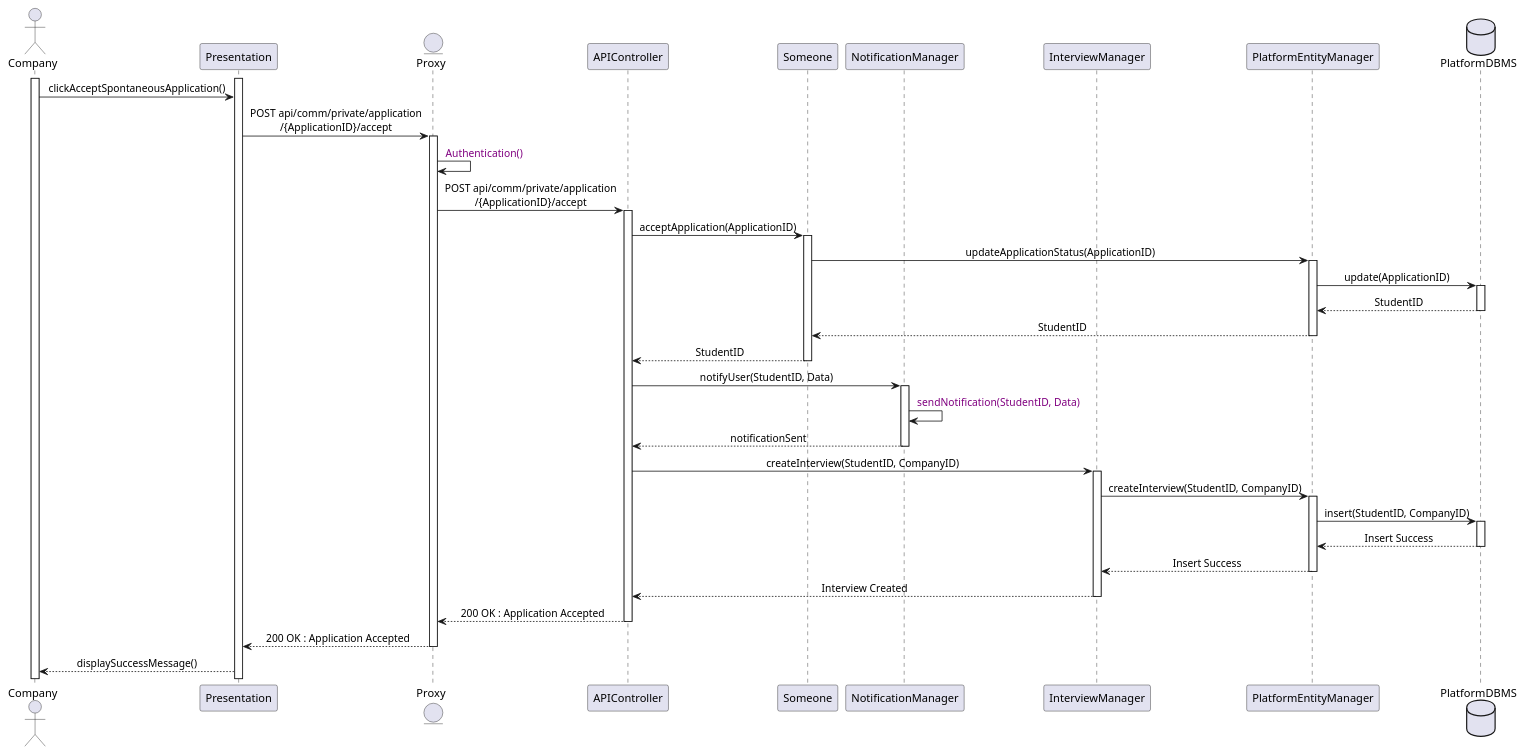
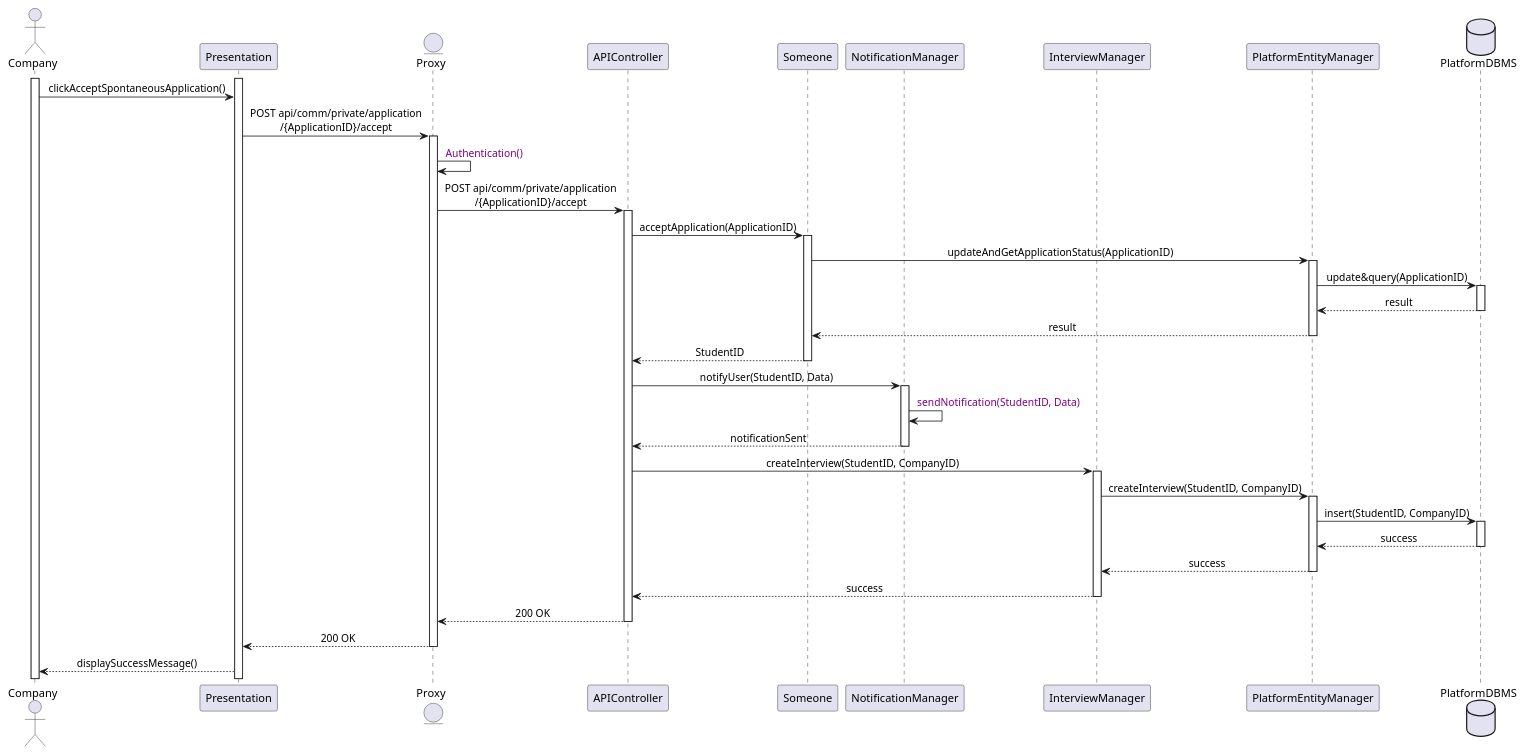
One commit to Slaitroc/RicciPaoliGrisoni changed the diagram in Diagrams/SequenceDiagrams/DD/8CompanyAcceptsSpontaneousApplication.wsd. Above: the diagram before and after it, drawn with PlantUML.

Commit message:
Refactor 8CompanyAcceptsSpontaneousApplication.wsd SequenceDiagram

```diff
--- a/Diagrams/SequenceDiagrams/DD/8CompanyAcceptsSpontaneousApplication.wsd
+++ b/Diagrams/SequenceDiagrams/DD/8CompanyAcceptsSpontaneousApplication.wsd
@@ -1,41 +1,41 @@
 @startuml Company Accepts Spontaneous Application
 skinparam sequenceMessageAlign center
 
 actor       Company
 participant Presentation
 entity      Proxy
 participant APIController
 participant Someone
 participant NotificationManager
 participant InterviewManager
 participant PlatformEntityManager
 database    PlatformDBMS
 
 activate Company
 activate Presentation
 Company -> Presentation : clickAcceptSpontaneousApplication()
 Presentation -> Proxy ++ : POST api/comm/private/application\n/{ApplicationID}/accept
 Proxy -> Proxy : <color:purple> Authentication()
 Proxy -> APIController ++ : POST api/comm/private/application\n/{ApplicationID}/accept
 APIController -> Someone ++ : acceptApplication(ApplicationID)
-Someone -> PlatformEntityManager ++ : updateApplicationStatus(ApplicationID)
-PlatformEntityManager -> PlatformDBMS ++ : update(ApplicationID)
-PlatformDBMS --> PlatformEntityManager -- : StudentID
-PlatformEntityManager --> Someone -- : StudentID
+Someone -> PlatformEntityManager ++ : updateAndGetApplicationStatus(ApplicationID)
+PlatformEntityManager -> PlatformDBMS ++ : update&query(ApplicationID)
+PlatformDBMS --> PlatformEntityManager -- : result
+PlatformEntityManager --> Someone -- : result
 Someone --> APIController -- : StudentID
 
 APIController -> NotificationManager ++ : notifyUser(StudentID, Data)
 NotificationManager -> NotificationManager : <color:purple> sendNotification(StudentID, Data)
 NotificationManager --> APIController -- : notificationSent
 APIController -> InterviewManager ++ : createInterview(StudentID, CompanyID)
 InterviewManager -> PlatformEntityManager ++ : createInterview(StudentID, CompanyID)
 PlatformEntityManager -> PlatformDBMS ++ : insert(StudentID, CompanyID)
-PlatformDBMS --> PlatformEntityManager -- : Insert Success
-PlatformEntityManager --> InterviewManager -- : Insert Success
-InterviewManager --> APIController -- : Interview Created
-APIController --> Proxy : 200 OK : Application Accepted
+PlatformDBMS --> PlatformEntityManager -- : success
+PlatformEntityManager --> InterviewManager -- : success
+InterviewManager --> APIController -- : success
+APIController --> Proxy : 200 OK 
 deactivate APIController
-Proxy --> Presentation : 200 OK : Application Accepted
+Proxy --> Presentation : 200 OK 
 deactivate Proxy
 Presentation --> Company : displaySuccessMessage()
 @enduml
```
